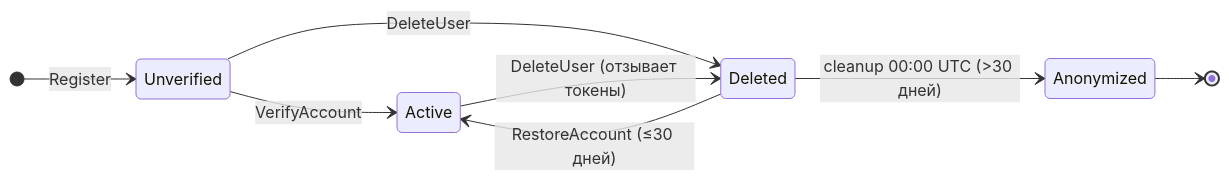
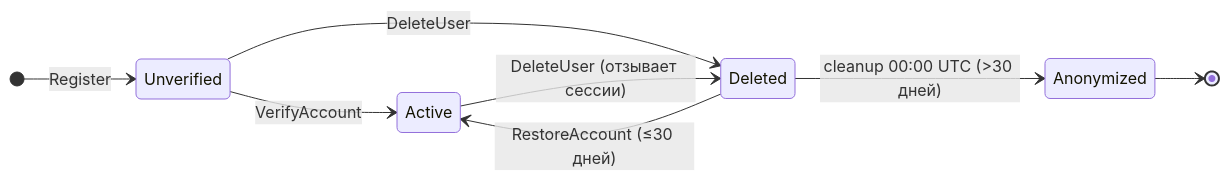
The diagram in backend/auth/docs/lifecycle.md (unwelcome/FrameWorkTask1), drawn with Mermaid before and after one commit. The commit also changed other lines of this file and 18 other files, not shown here.

````diff
--- a/backend/auth/docs/lifecycle.md
+++ b/backend/auth/docs/lifecycle.md
@@ -5,12 +5,12 @@
 ```mermaid
 stateDiagram-v2
     direction LR
 
     [*] --> Unverified  : Register
     Unverified --> Active    : VerifyAccount
     Unverified --> Deleted   : DeleteUser
-    Active     --> Deleted   : DeleteUser (отзывает токены)
+    Active     --> Deleted   : DeleteUser (отзывает сессии)
     Deleted    --> Active    : RestoreAccount (≤30 дней)
     Deleted    --> Anonymized: cleanup 00:00 UTC (>30 дней)
     Anonymized --> [*]
 ```
````
